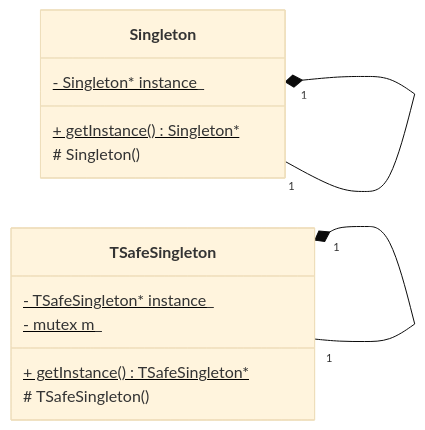
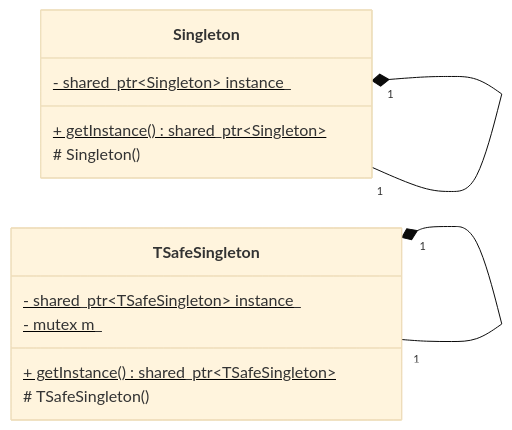
Before and after one commit to mallocnew/oop-cpp: the diagram in singleton/README.md, drawn with Mermaid (base theme). The commit also changed 1 other file, not shown here.

Commit message:
cpp: make singleton memsafe

````diff
--- a/singleton/README.md
+++ b/singleton/README.md
@@ -3,18 +3,18 @@
 ```mermaid
 classDiagram
 direction LR
 class Singleton {
- + getInstance() Singleton*$
+ + getInstance() shared_ptr~Singleton~$
  # Singleton()
- - Singleton* instance_$
+ - shared_ptr~Singleton~ instance_$
 }
 Singleton "1"*--"1" Singleton
 
 class TSafeSingleton {
- + getInstance() TSafeSingleton*$
+ + getInstance() shared_ptr~TSafeSingleton~$
  # TSafeSingleton()
- - TSafeSingleton* instance_$
+ - shared_ptr~TSafeSingleton~ instance_$
  - mutex m_$
 }
 TSafeSingleton "1"*--"1" TSafeSingleton
 ```
````
